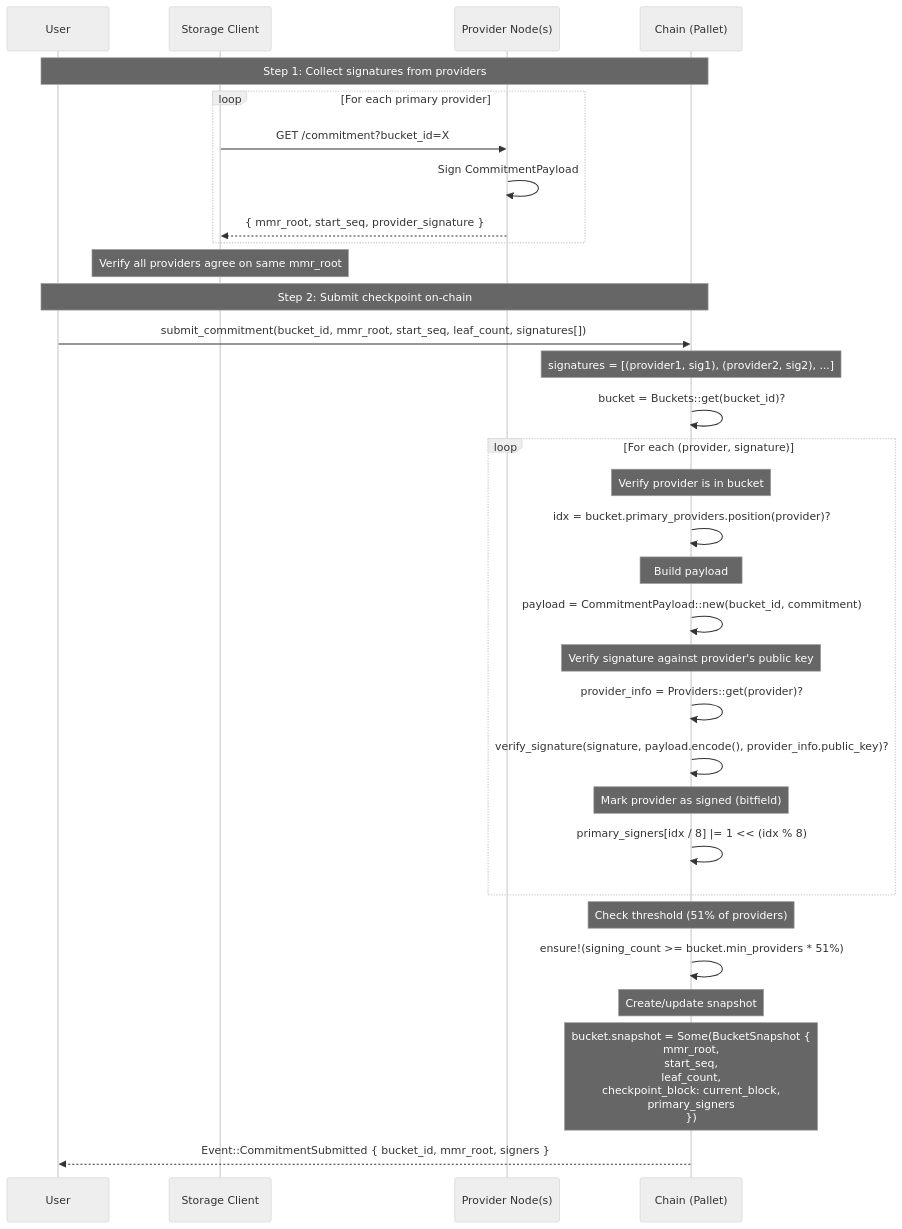
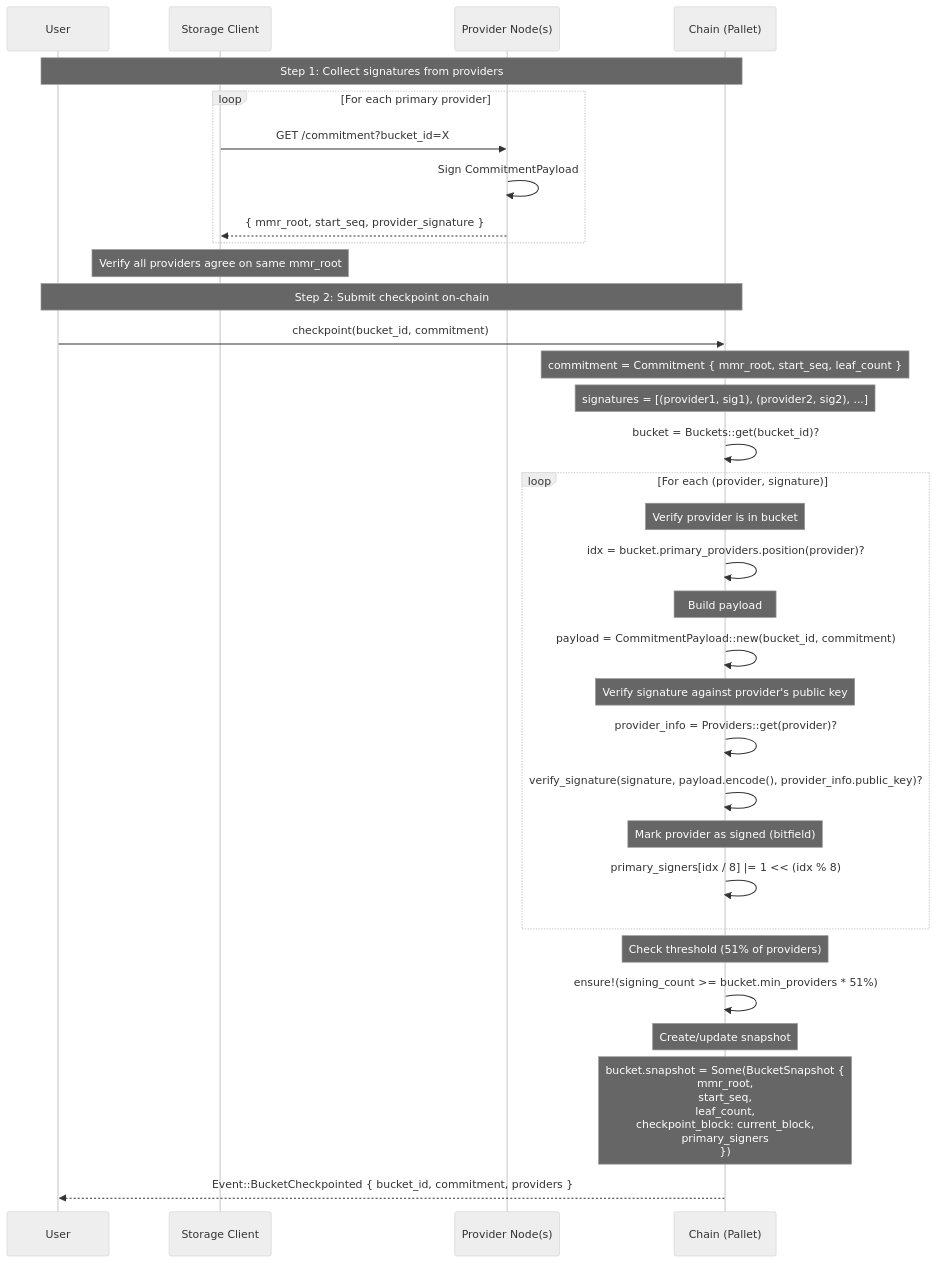
The seventh of 13 diagrams in docs/reference/EXECUTION_FLOWS.md (paritytech/web3-storage), drawn with Mermaid (neutral theme) before and after one commit. The commit also changed other lines of this file and 31 other files, not shown here.

````diff
--- a/docs/reference/EXECUTION_FLOWS.md
+++ b/docs/reference/EXECUTION_FLOWS.md
@@ -313,48 +313,50 @@
 ```mermaid
 sequenceDiagram
     participant U as User
     participant SC as Storage Client
     participant PN as Provider Node(s)
     participant C as Chain (Pallet)
 
     Note over U,C: Step 1: Collect signatures from providers
 
     loop For each primary provider
         SC->>PN: GET /commitment?bucket_id=X
         PN->>PN: Sign CommitmentPayload
         PN-->>SC: { mmr_root, start_seq, provider_signature }
     end
 
     Note over SC: Verify all providers agree on same mmr_root
 
     Note over U,C: Step 2: Submit checkpoint on-chain
 
-    U->>C: submit_commitment(bucket_id, mmr_root, start_seq, leaf_count, signatures[])
+    U->>C: checkpoint(bucket_id, commitment)
+
+    Note over C: commitment = Commitment { mmr_root, start_seq, leaf_count }
 
     Note over C: signatures = [(provider1, sig1), (provider2, sig2), ...]
 
     C->>C: bucket = Buckets::get(bucket_id)?
 
     loop For each (provider, signature)
         Note over C: Verify provider is in bucket
         C->>C: idx = bucket.primary_providers.position(provider)?
 
         Note over C: Build payload
         C->>C: payload = CommitmentPayload::new(bucket_id, commitment)
 
         Note over C: Verify signature against provider's public key
         C->>C: provider_info = Providers::get(provider)?
         C->>C: verify_signature(signature, payload.encode(), provider_info.public_key)?
 
         Note over C: Mark provider as signed (bitfield)
         C->>C: primary_signers[idx / 8] |= 1 << (idx % 8)
     end
 
     Note over C: Check threshold (51% of providers)
     C->>C: ensure!(signing_count >= bucket.min_providers * 51%)
 
     Note over C: Create/update snapshot
     Note over C: bucket.snapshot = Some(BucketSnapshot {<br/> mmr_root,<br/> start_seq,<br/> leaf_count,<br/> checkpoint_block: current_block,<br/> primary_signers<br/>})
 
-    C-->>U: Event::CommitmentSubmitted { bucket_id, mmr_root, signers }
+    C-->>U: Event::BucketCheckpointed { bucket_id, commitment, providers }
 ```
````
